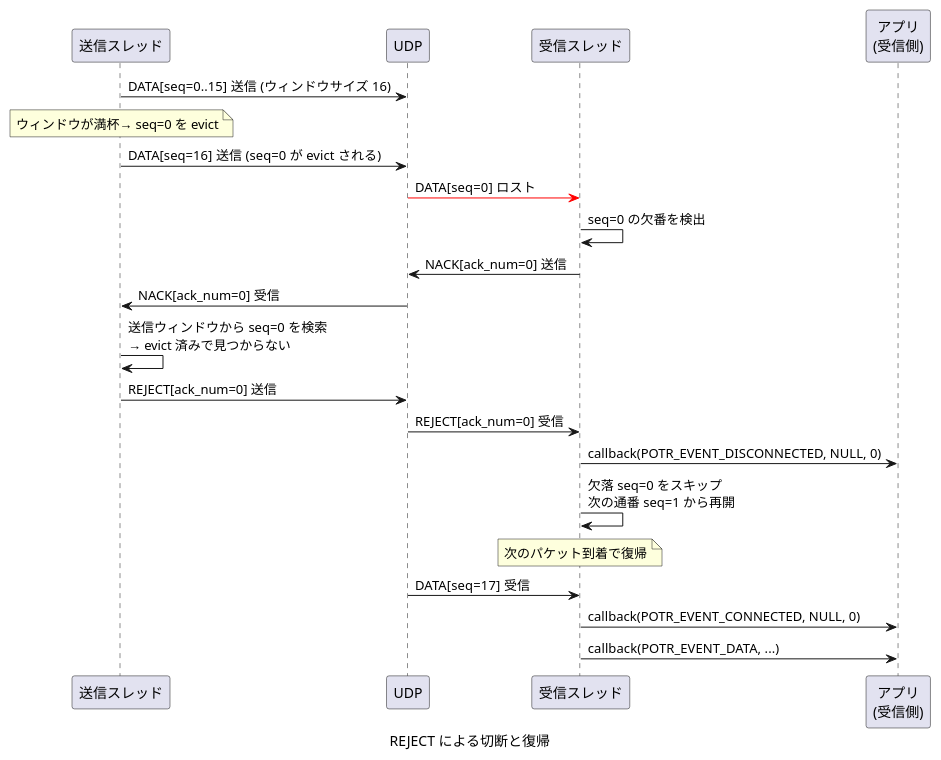
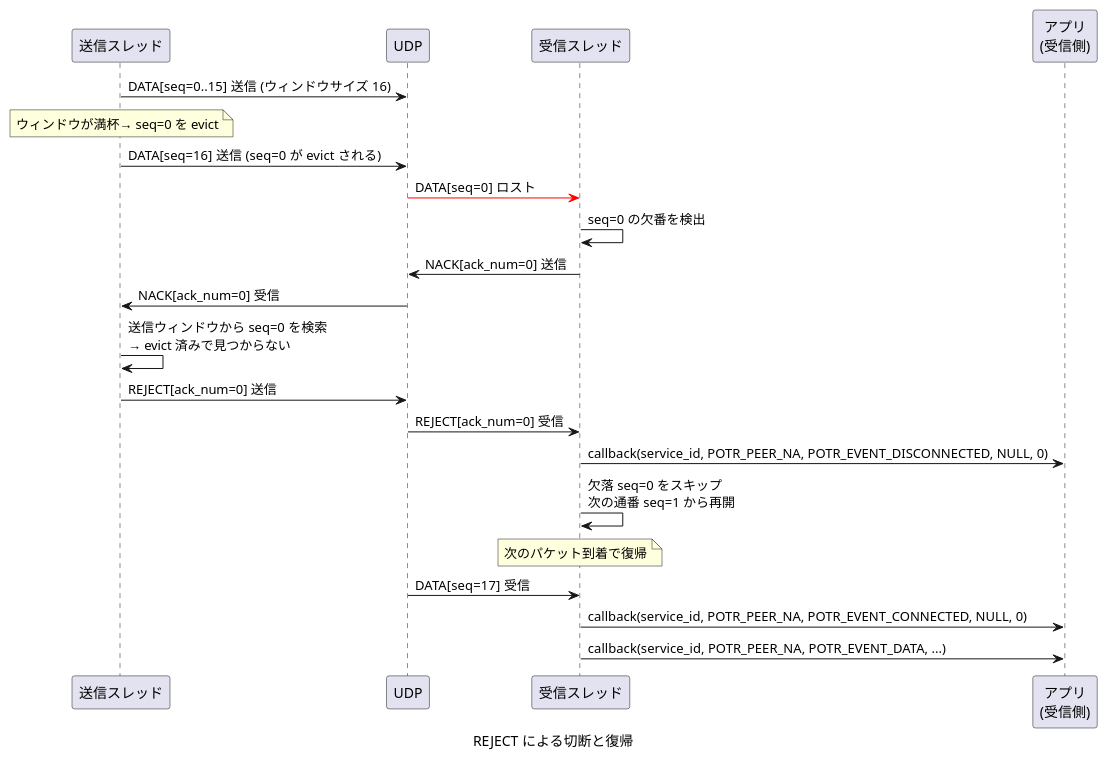
Before and after one commit to Hondarer/c-modernization-kit: the ninth of 20 diagrams in prod/porter/docs/sequence.md, drawn with PlantUML. The commit also changed other lines of this file and 13 other files, not shown here.

````diff
--- a/prod/porter/docs/sequence.md
+++ b/prod/porter/docs/sequence.md
@@ -319,38 +319,38 @@
 ```plantuml
 @startuml REJECT による切断と復帰
 caption REJECT による切断と復帰
 
 participant "送信スレッド" as ST
 participant "UDP" as UDP
 participant "受信スレッド" as RRT
 participant "アプリ\n(受信側)" as RAPP
 
 ST -> UDP: DATA[seq=0..15] 送信 (ウィンドウサイズ 16)
 
 note over ST: ウィンドウが満杯→ seq=0 を evict
 
 ST -> UDP: DATA[seq=16] 送信 (seq=0 が evict される)
 
 UDP -[#red]> RRT: DATA[seq=0] ロスト
 
 RRT -> RRT: seq=0 の欠番を検出
 RRT -> UDP: NACK[ack_num=0] 送信
 
 UDP -> ST: NACK[ack_num=0] 受信
 ST -> ST: 送信ウィンドウから seq=0 を検索\n→ evict 済みで見つからない
 
 ST -> UDP: REJECT[ack_num=0] 送信
 
 UDP -> RRT: REJECT[ack_num=0] 受信
 
-RRT -> RAPP: callback(POTR_EVENT_DISCONNECTED, NULL, 0)
+RRT -> RAPP: callback(service_id, POTR_PEER_NA, POTR_EVENT_DISCONNECTED, NULL, 0)
 RRT -> RRT: 欠落 seq=0 をスキップ\n次の通番 seq=1 から再開
 
 note over RRT: 次のパケット到着で復帰
 
 UDP -> RRT: DATA[seq=17] 受信
-RRT -> RAPP: callback(POTR_EVENT_CONNECTED, NULL, 0)
-RRT -> RAPP: callback(POTR_EVENT_DATA, ...)
+RRT -> RAPP: callback(service_id, POTR_PEER_NA, POTR_EVENT_CONNECTED, NULL, 0)
+RRT -> RAPP: callback(service_id, POTR_PEER_NA, POTR_EVENT_DATA, ...)
 
 @enduml
 ```
````
